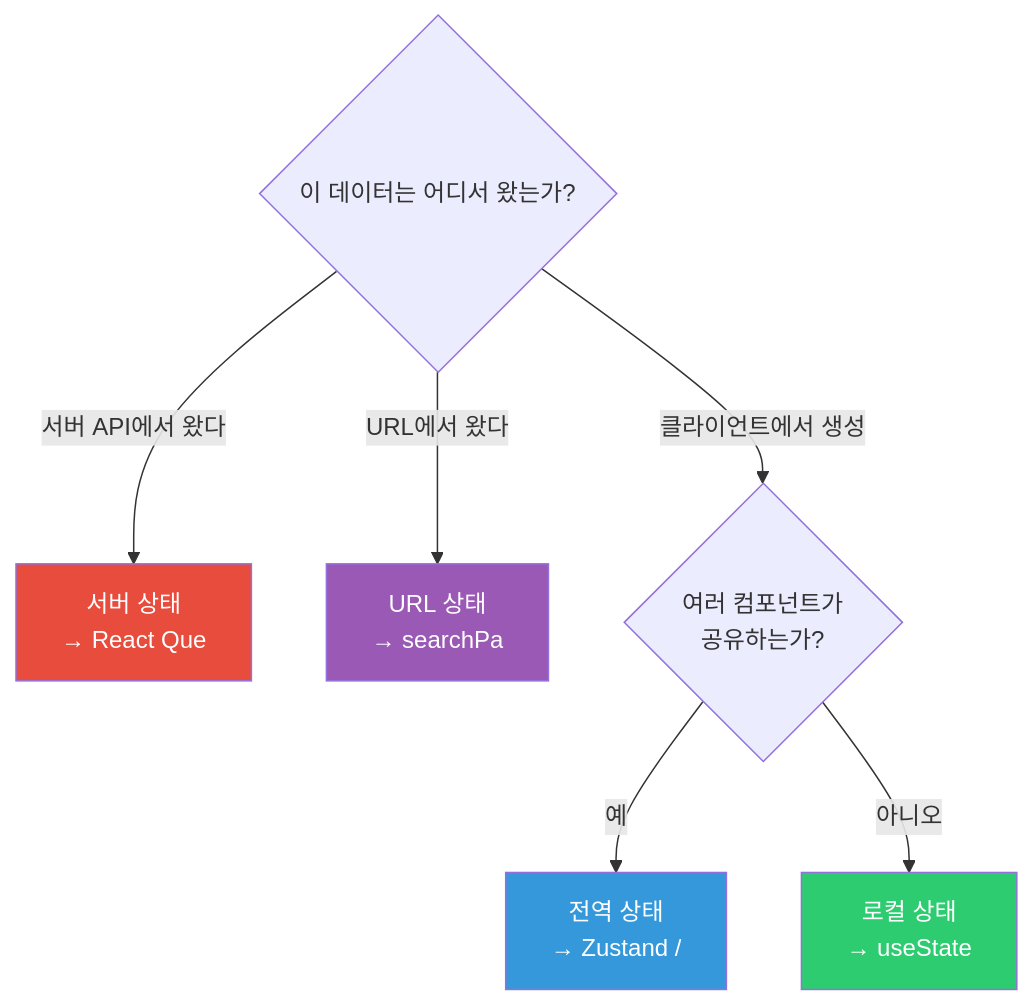
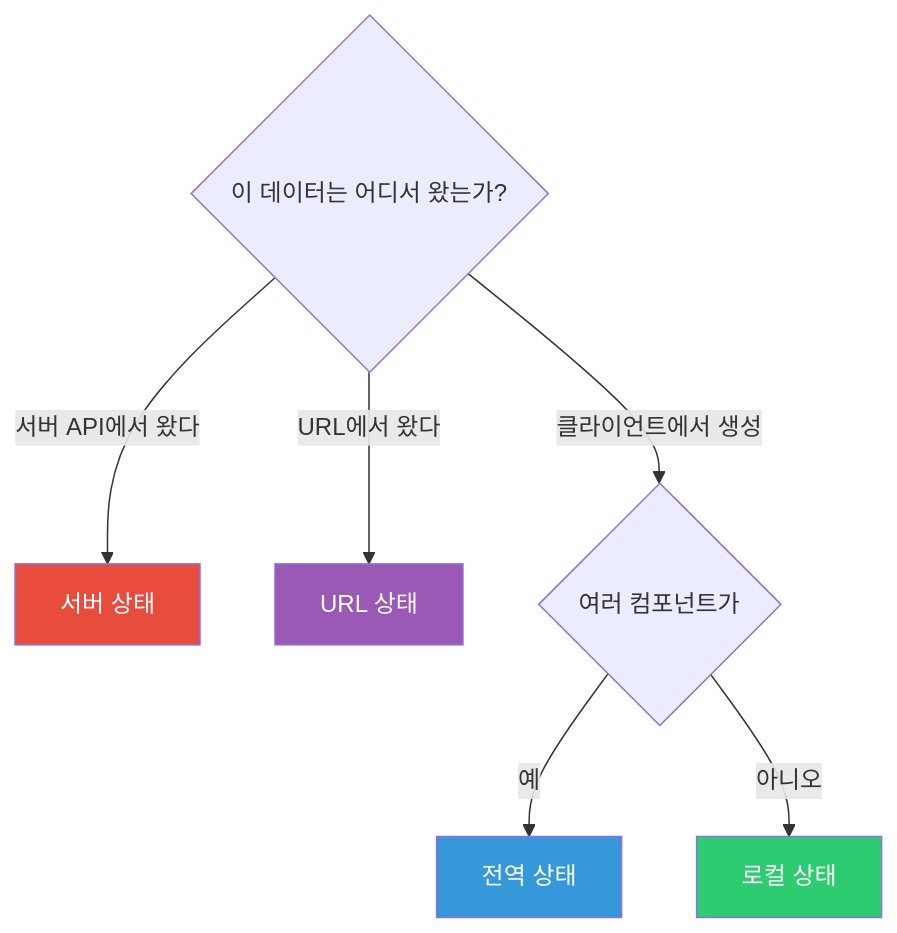
One commit to yjkim2015/yjkim2015.github.io changed the fifth of 8 diagrams in _posts/frontend/2026-05-01-frontend-architecture.md. Above: the diagram before and after it, drawn with Mermaid. The commit also changed other lines of this file and 217 other files, not shown here.

First line of the commit message:
Mermaid 크기 수정: useMaxWidth:true + SVG max-width:100% + 라벨 축소

````diff
--- a/_posts/frontend/2026-05-01-frontend-architecture.md
+++ b/_posts/frontend/2026-05-01-frontend-architecture.md
@@ -303,13 +303,13 @@
 ```mermaid
 flowchart TD
     Q1{"이 데이터는 어디서 왔는가?"}
-    Q1 -->|"서버 API에서 왔다"| SERVER["서버 상태\n→ React Que"]
-    Q1 -->|"URL에서 왔다"| URL["URL 상태\n→ searchPa"]
-    Q1 -->|"클라이언트에서 생성"| Q2{"여러 컴포넌트가\n공유하는가?"}
-    Q2 -->|"예"| GLOBAL["전역 상태\n→ Zustand /"]
-    Q2 -->|"아니오"| LOCAL["로컬 상태\n→ useState"]
+    Q1 -->|"서버 API에서 왔다"| SERVER["서버 상태"]
+    Q1 -->|"URL에서 왔다"| URL["URL 상태"]
+    Q1 -->|"클라이언트에서 생성"| Q2{"여러 컴포넌트가"}
+    Q2 -->|"예"| GLOBAL["전역 상태"]
+    Q2 -->|"아니오"| LOCAL["로컬 상태"]
     style SERVER fill:#e74c3c,color:#fff
     style URL fill:#9b59b6,color:#fff
     style GLOBAL fill:#3498db,color:#fff
     style LOCAL fill:#2ecc71,color:#fff
 ```
````
